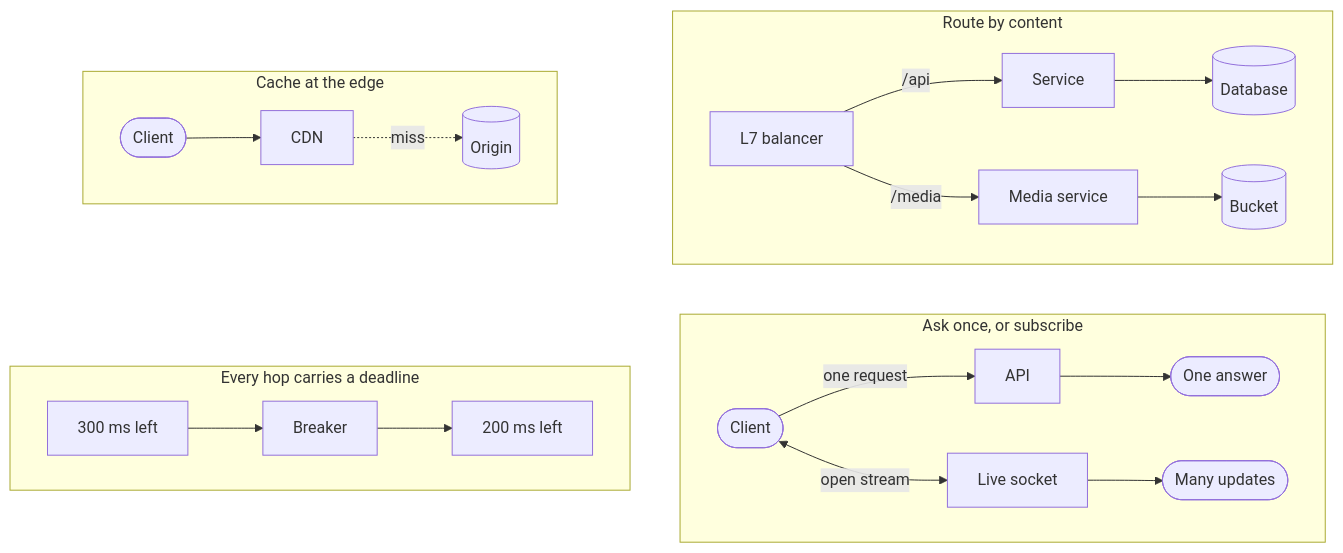
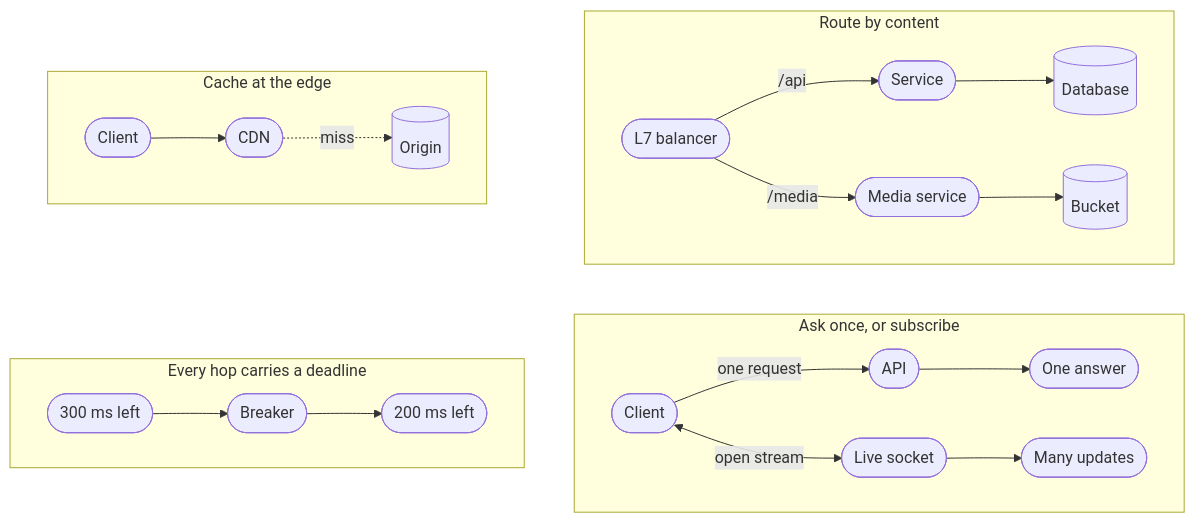
Before and after one commit to Laticent/lattice: the ninth of 19 diagrams in examples/system-design-foundations.md, drawn with Mermaid. The commit also changed other lines of this file and 1 other file, not shown here.

First line of the commit message:
deck(examples): act on the re-score, and finish the diagram conversion

````diff
--- a/examples/system-design-foundations.md
+++ b/examples/system-design-foundations.md
@@ -1457,23 +1457,23 @@
 ```mermaid
 flowchart TB
   subgraph b["Route by content"]
     direction LR
-    B1["L7 balancer"] -->|"/api"| B2["Service"] --> B4[("Database")]
-    B1 -->|"/media"| B5["Media service"] --> B3[("Bucket")]
+    B1(["L7 balancer"]) -->|"/api"| B2(["Service"]) --> B4[("Database")]
+    B1 -->|"/media"| B5(["Media service"]) --> B3[("Bucket")]
   end
   subgraph a["Cache at the edge"]
     direction LR
-    A1(["Client"]) --> A2["CDN"] -.->|"miss"| A3[("Origin")]
+    A1(["Client"]) --> A2(["CDN"]) -.->|"miss"| A3[("Origin")]
   end
   subgraph d["Ask once, or subscribe"]
     direction LR
-    D1(["Client"]) -->|"one request"| D2["API"] --> D4(["One answer"])
-    D1 <-->|"open stream"| D3["Live socket"] --> D5(["Many updates"])
+    D1(["Client"]) -->|"one request"| D2(["API"]) --> D4(["One answer"])
+    D1 <-->|"open stream"| D3(["Live socket"]) --> D5(["Many updates"])
   end
   subgraph c["Every hop carries a deadline"]
     direction LR
-    C1["300 ms left"] --> C2["Breaker"] --> C3["200 ms left"]
+    C1(["300 ms left"]) --> C2(["Breaker"]) --> C3(["200 ms left"])
   end
   a ~~~ c
   b ~~~ d
 ```
````
